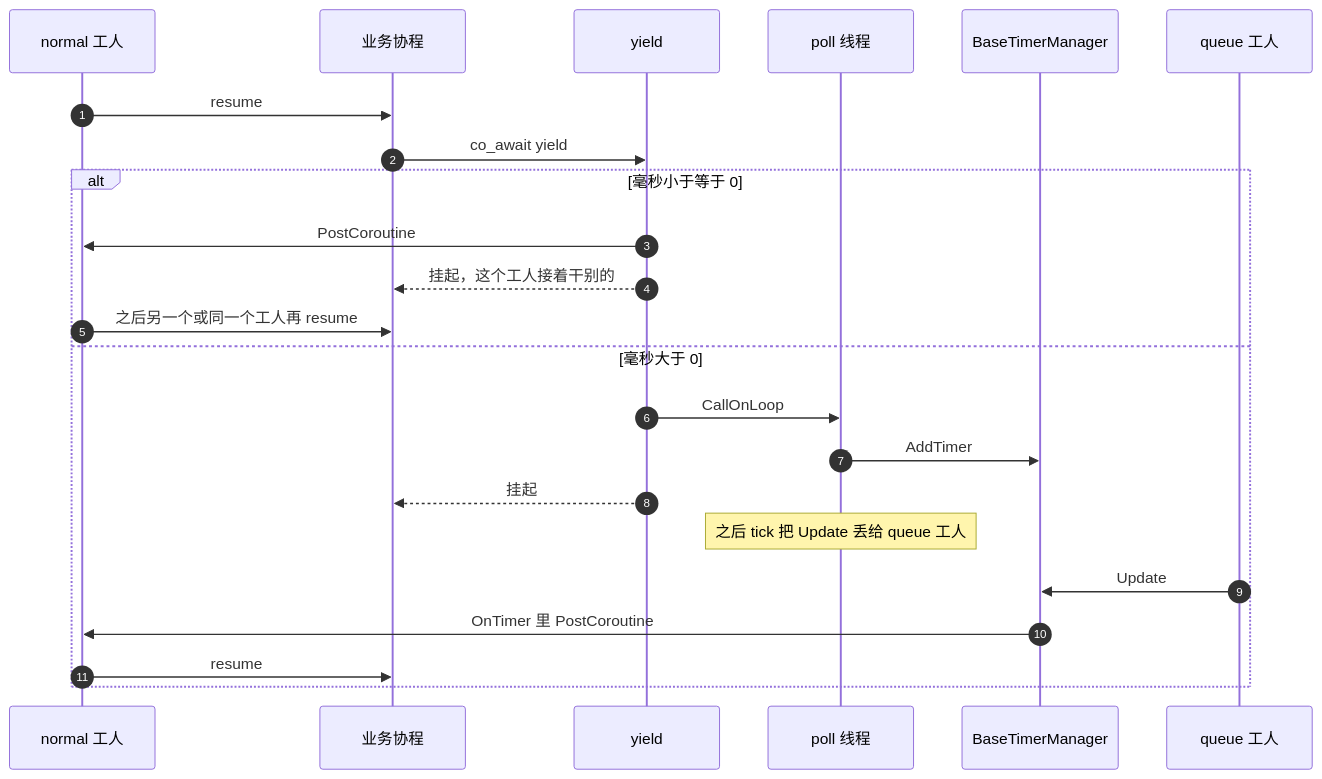
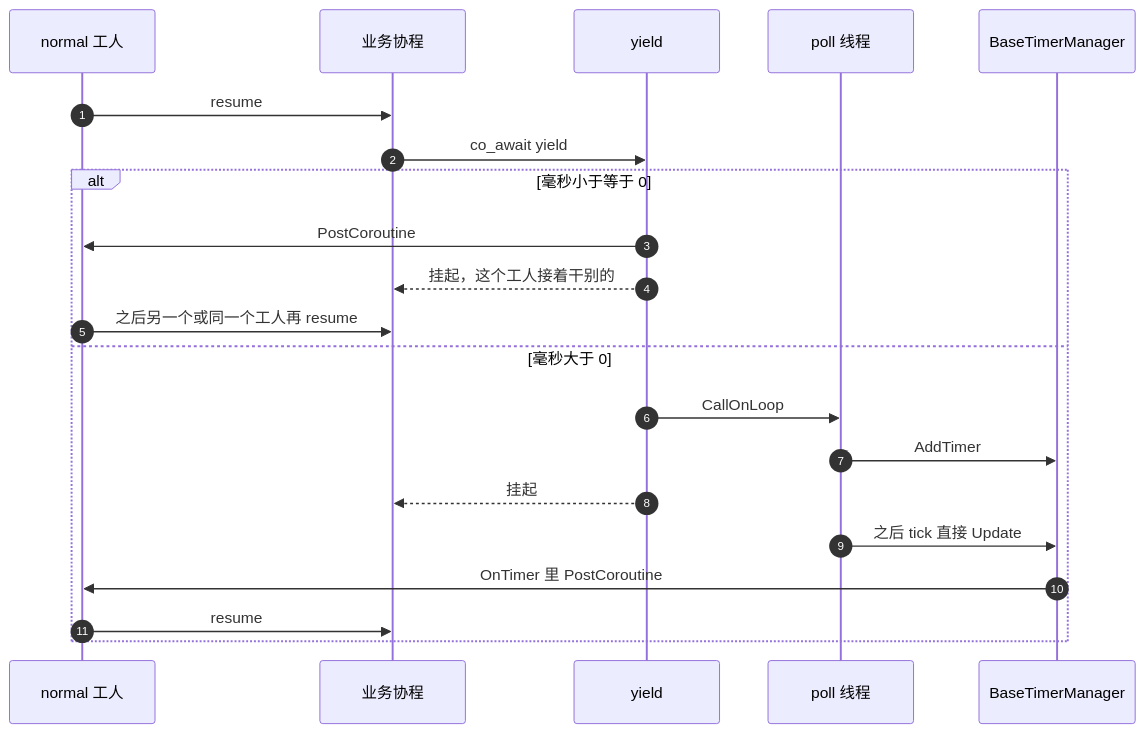
Before and after one commit to orikiaru/openidea: the diagram in docs/sequence-diagram/multi-thread/yield.md, drawn with Mermaid. The commit also changed other lines of this file and 11 other files, not shown here.

````diff
--- a/docs/sequence-diagram/multi-thread/yield.md
+++ b/docs/sequence-diagram/multi-thread/yield.md
@@ -7,26 +7,24 @@
 ```mermaid
 sequenceDiagram
     autonumber
     participant Worker as normal 工人
     participant Biz as 业务协程
     participant Yld as yield
     participant Poll as poll 线程
     participant Timer as BaseTimerManager
-    participant Queue as queue 工人
 
     Worker->>Biz: resume
     Biz->>Yld: co_await yield
     alt 毫秒小于等于 0
         Yld->>Worker: PostCoroutine
         Yld-->>Biz: 挂起，这个工人接着干别的
         Worker->>Biz: 之后另一个或同一个工人再 resume
     else 毫秒大于 0
         Yld->>Poll: CallOnLoop
         Poll->>Timer: AddTimer
         Yld-->>Biz: 挂起
-        Note over Poll: 之后 tick 把 Update 丢给 queue 工人
-        Queue->>Timer: Update
+        Poll->>Timer: 之后 tick 直接 Update
         Timer->>Worker: OnTimer 里 PostCoroutine
         Worker->>Biz: resume
     end
 ```
````
